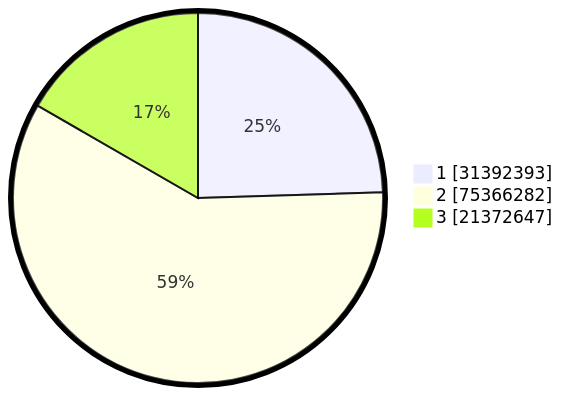
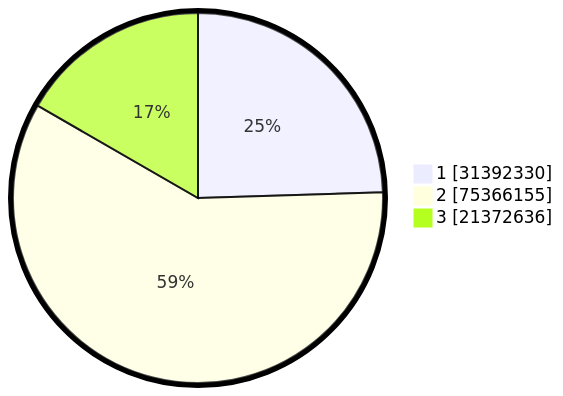
One commit to gigit-pemilu/pemilu-2024 changed the second of 2 diagrams in pilpres/hitung-suara/README.md. Above: the diagram before and after it, drawn with Mermaid. The commit also changed other lines of this file and 4 other files, not shown here.

````diff
--- a/pilpres/hitung-suara/README.md
+++ b/pilpres/hitung-suara/README.md
@@ -93,7 +93,7 @@
 ```mermaid
 %%{init: {"pie": {"textPosition": 0.5}, "themeVariables": {"pieOuterStrokeWidth": "5px"}} }%%
 pie showData
-    "1" : 31392393
-    "2" : 75366282
-    "3" : 21372647
+    "1" : 31392330
+    "2" : 75366155
+    "3" : 21372636
 ```
````
